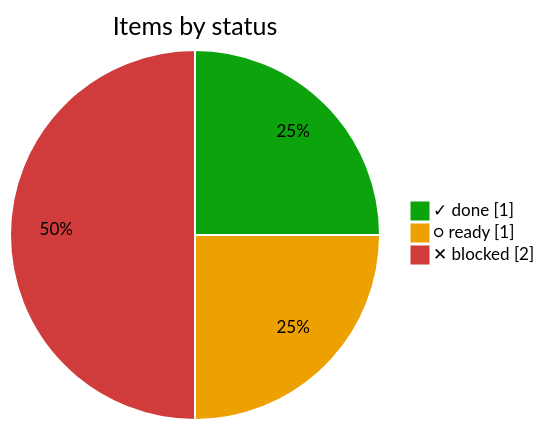
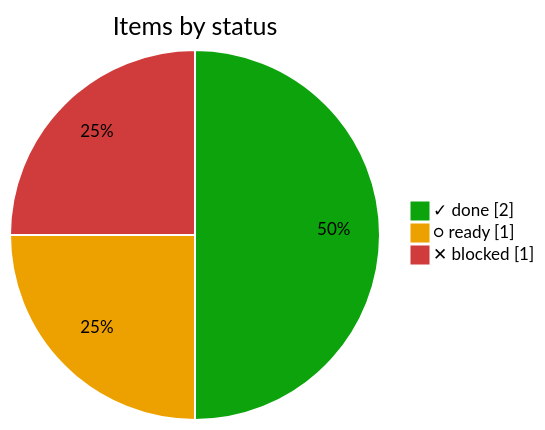
One commit to bvraghav/pmtrack changed the diagram in docs/ci.md. Above: the diagram before and after it, drawn with Mermaid. The commit also changed other lines of this file and 5 other files, not shown here.

````diff
--- a/docs/ci.md
+++ b/docs/ci.md
@@ -19,7 +19,7 @@
 ```mermaid
 %%{init: {"themeVariables": {"pie1": "#0ca30c", "pie2": "#eda100", "pie3": "#d03b3b", "pieOpacity": "1", "pieSectionTextColor": "#000", "pieStrokeColor": "#fff", "pieStrokeWidth": "2px", "pieOuterStrokeWidth": "0px"}}}%%
 pie showData title Items by status
-  "✓ done" : 1
+  "✓ done" : 2
   "○ ready" : 1
-  "✕ blocked" : 2
+  "✕ blocked" : 1
 ```
````
